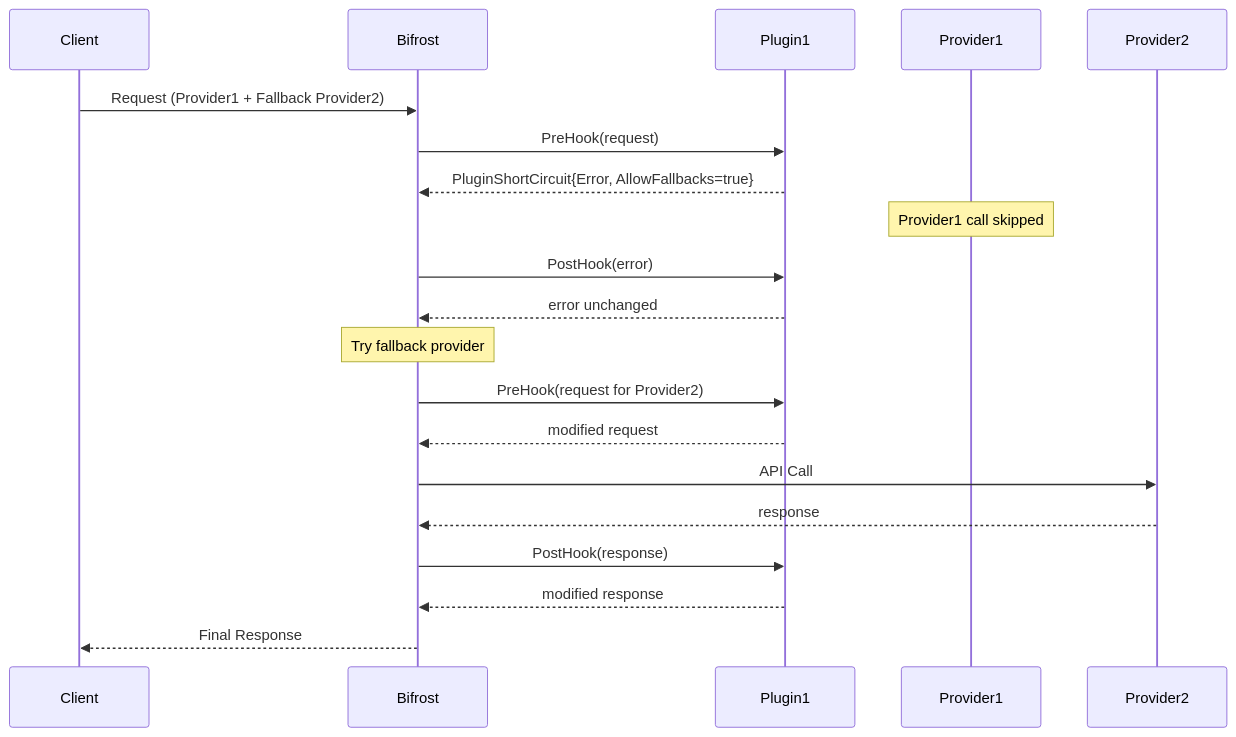
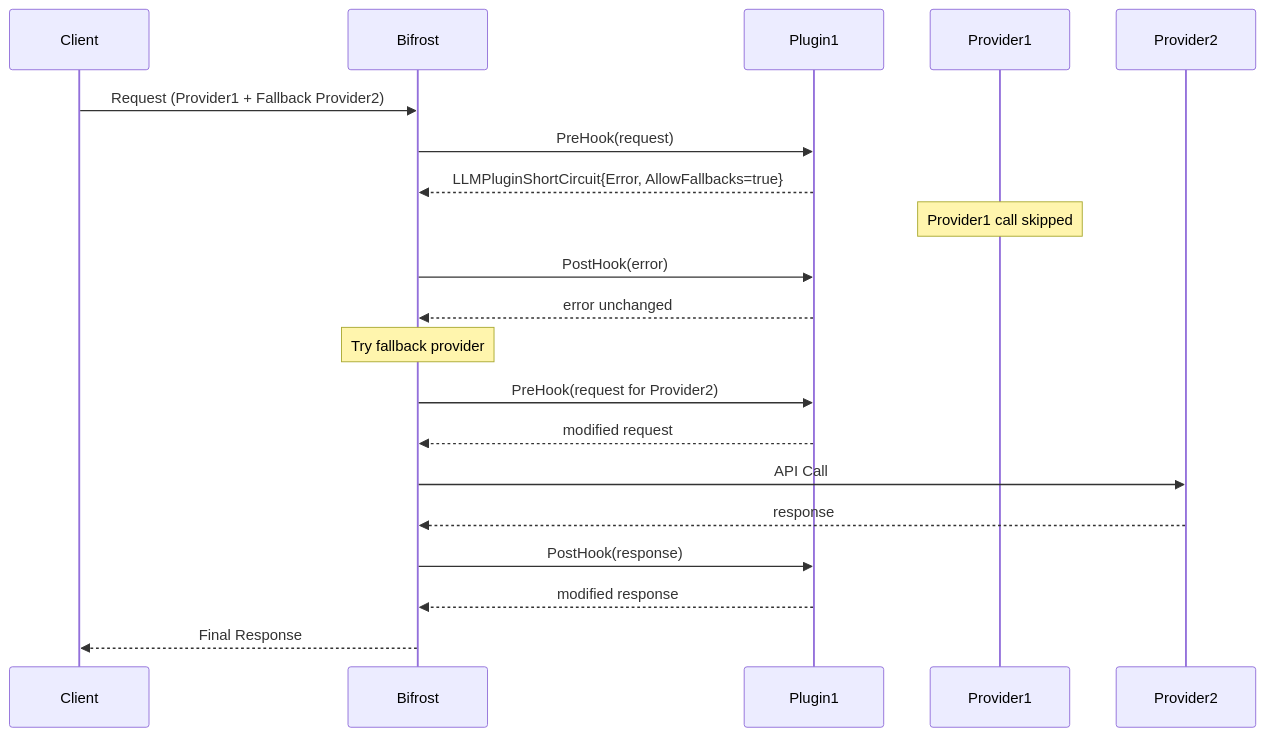
The sixth of 10 diagrams in docs/architecture/core/plugins.mdx (maximhq/bifrost), drawn with Mermaid before and after one commit. The commit also changed other lines of this file and 28 other files, not shown here.

Commit message:
feat: plugin schemas segregation for mcp plugins

````diff
--- a/docs/architecture/core/plugins.mdx
+++ b/docs/architecture/core/plugins.mdx
@@ -269,24 +269,24 @@
 ```mermaid
 sequenceDiagram
     participant Client
     participant Bifrost
     participant Plugin1
     participant Provider1
     participant Provider2
 
     Client->>Bifrost: Request (Provider1 + Fallback Provider2)
     Bifrost->>Plugin1: PreHook(request)
-    Plugin1-->>Bifrost: PluginShortCircuit{Error, AllowFallbacks=true}
+    Plugin1-->>Bifrost: LLMPluginShortCircuit{Error, AllowFallbacks=true}
     Note over Provider1: Provider1 call skipped
     Bifrost->>Plugin1: PostHook(error)
     Plugin1-->>Bifrost: error unchanged
 
     Note over Bifrost: Try fallback provider
     Bifrost->>Plugin1: PreHook(request for Provider2)
     Plugin1-->>Bifrost: modified request
     Bifrost->>Provider2: API Call
     Provider2-->>Bifrost: response
     Bifrost->>Plugin1: PostHook(response)
     Plugin1-->>Bifrost: modified response
     Bifrost-->>Client: Final Response
 ```
````
